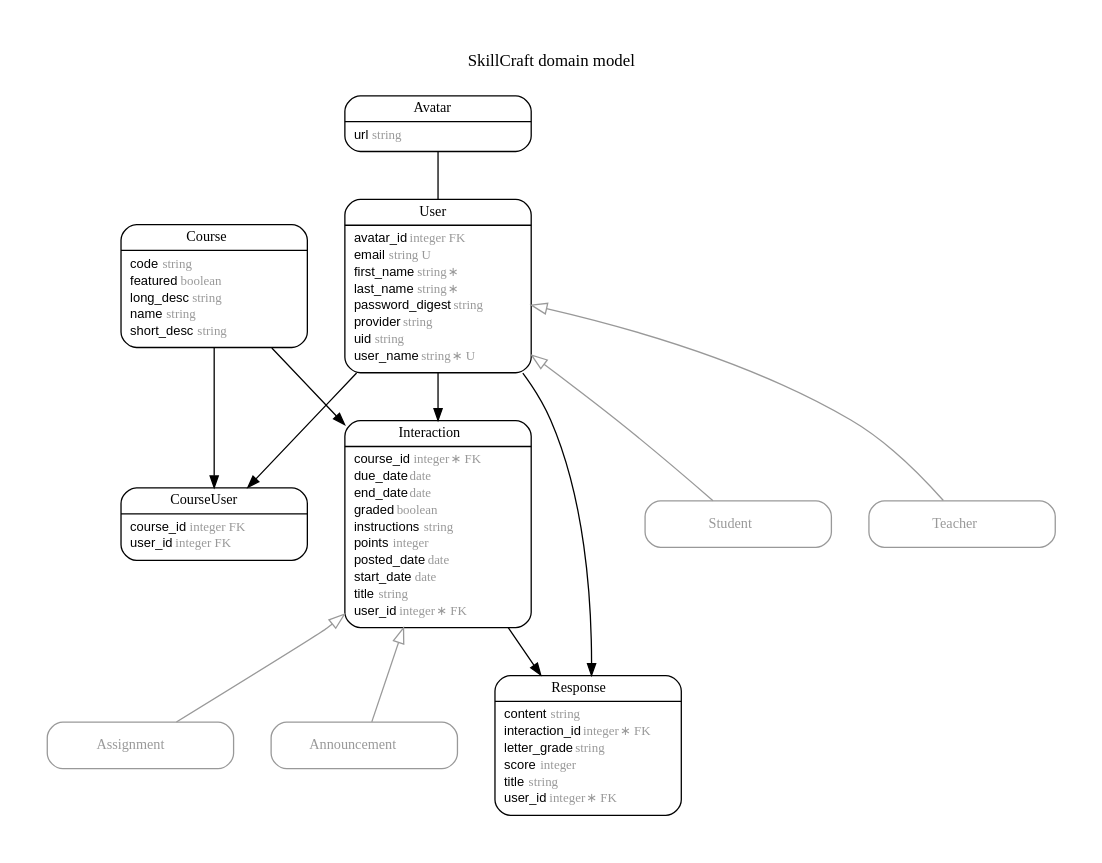
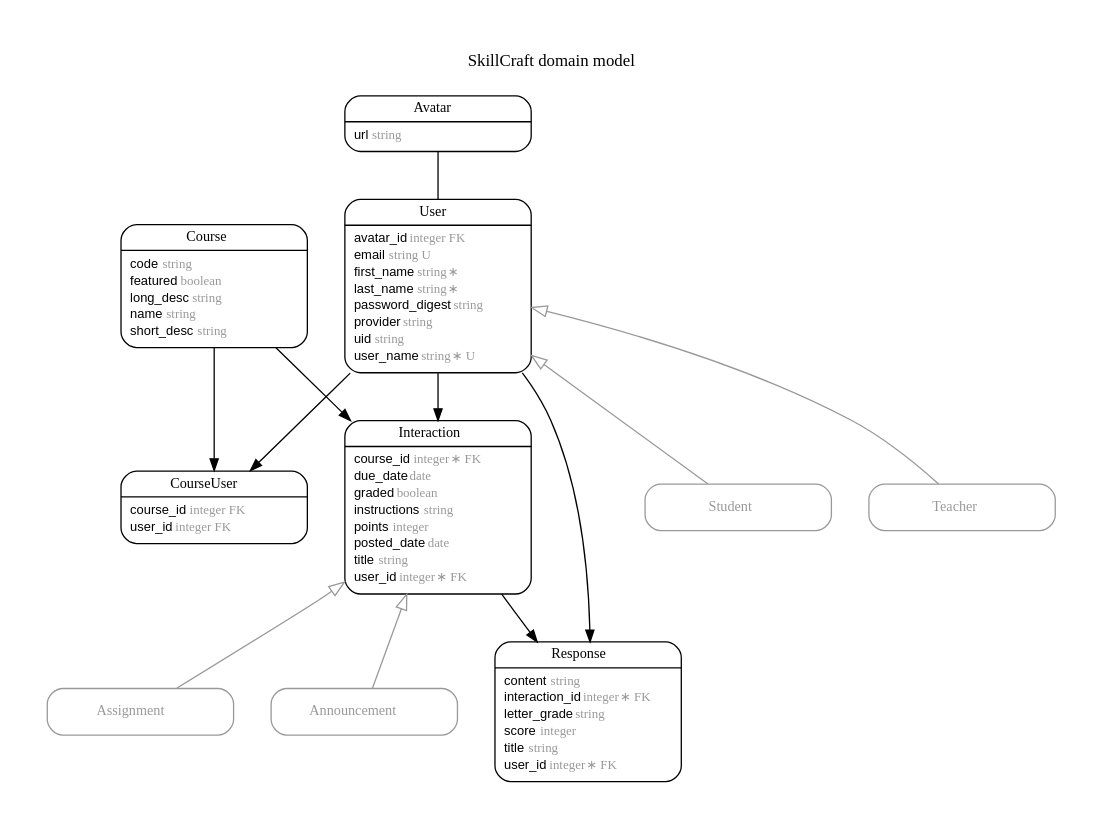
One commit to FergusDevelopmentLLC/skillcraft changed the diagram in erd.dot. Above: the diagram before and after it, drawn with Graphviz. The commit also changed 17 other files, not shown here.

Commit message:
remove start/end date for interactions, simplify

```diff
--- a/erd.dot
+++ b/erd.dot
@@ -1,117 +1,115 @@
 digraph SkillCraft {
 rankdir = "LR";
 ranksep = "0.5";
 nodesep = "0.4";
 pad = "0.4,0.4";
 margin = "0,0";
 concentrate = "true";
 labelloc = "t";
 fontsize = "13";
 fontname = "Arial Bold";
 splines = "spline";
 node[ shape  =  "Mrecord" , fontsize  =  "10" , fontname  =  "Arial" , margin  =  "0.07,0.05" , penwidth  =  "1.0"];
 edge[ fontname  =  "Arial" , fontsize  =  "7" , dir  =  "both" , arrowsize  =  "0.9" , penwidth  =  "1.0" , labelangle  =  "32" , labeldistance  =  "1.8"];
 rankdir = "TB";
 label = "SkillCraft domain model\n\n";
 m_Announcement [color = "grey60", fontcolor = "grey60", label = <{<table border="0" align="center" cellspacing="0.5" cellpadding="0" width="134">
   <tr><td align="center" valign="bottom" width="130"><font face="Arial Bold" point-size="11">Announcement</font></td></tr>
 </table>
 }>];
 m_Assignment [color = "grey60", fontcolor = "grey60", label = <{<table border="0" align="center" cellspacing="0.5" cellpadding="0" width="134">
   <tr><td align="center" valign="bottom" width="130"><font face="Arial Bold" point-size="11">Assignment</font></td></tr>
 </table>
 }>];
 m_Avatar [label = <{<table border="0" align="center" cellspacing="0.5" cellpadding="0" width="134">
   <tr><td align="center" valign="bottom" width="130"><font face="Arial Bold" point-size="11">Avatar</font></td></tr>
 </table>
 |
 <table border="0" align="left" cellspacing="2" cellpadding="0" width="134">
   <tr><td align="left" width="130" port="url">url <font face="Arial Italic" color="grey60">string</font></td></tr>
 </table>
 }>];
 m_Course [label = <{<table border="0" align="center" cellspacing="0.5" cellpadding="0" width="134">
   <tr><td align="center" valign="bottom" width="130"><font face="Arial Bold" point-size="11">Course</font></td></tr>
 </table>
 |
 <table border="0" align="left" cellspacing="2" cellpadding="0" width="134">
   <tr><td align="left" width="130" port="code">code <font face="Arial Italic" color="grey60">string</font></td></tr>
   <tr><td align="left" width="130" port="featured">featured <font face="Arial Italic" color="grey60">boolean</font></td></tr>
   <tr><td align="left" width="130" port="long_desc">long_desc <font face="Arial Italic" color="grey60">string</font></td></tr>
   <tr><td align="left" width="130" port="name">name <font face="Arial Italic" color="grey60">string</font></td></tr>
   <tr><td align="left" width="130" port="short_desc">short_desc <font face="Arial Italic" color="grey60">string</font></td></tr>
 </table>
 }>];
 m_CourseUser [label = <{<table border="0" align="center" cellspacing="0.5" cellpadding="0" width="134">
   <tr><td align="center" valign="bottom" width="130"><font face="Arial Bold" point-size="11">CourseUser</font></td></tr>
 </table>
 |
 <table border="0" align="left" cellspacing="2" cellpadding="0" width="134">
   <tr><td align="left" width="130" port="course_id">course_id <font face="Arial Italic" color="grey60">integer FK</font></td></tr>
   <tr><td align="left" width="130" port="user_id">user_id <font face="Arial Italic" color="grey60">integer FK</font></td></tr>
 </table>
 }>];
 m_Interaction [label = <{<table border="0" align="center" cellspacing="0.5" cellpadding="0" width="134">
   <tr><td align="center" valign="bottom" width="130"><font face="Arial Bold" point-size="11">Interaction</font></td></tr>
 </table>
 |
 <table border="0" align="left" cellspacing="2" cellpadding="0" width="134">
   <tr><td align="left" width="130" port="course_id">course_id <font face="Arial Italic" color="grey60">integer ∗ FK</font></td></tr>
   <tr><td align="left" width="130" port="due_date">due_date <font face="Arial Italic" color="grey60">date</font></td></tr>
-  <tr><td align="left" width="130" port="end_date">end_date <font face="Arial Italic" color="grey60">date</font></td></tr>
   <tr><td align="left" width="130" port="graded">graded <font face="Arial Italic" color="grey60">boolean</font></td></tr>
   <tr><td align="left" width="130" port="instructions">instructions <font face="Arial Italic" color="grey60">string</font></td></tr>
   <tr><td align="left" width="130" port="points">points <font face="Arial Italic" color="grey60">integer</font></td></tr>
   <tr><td align="left" width="130" port="posted_date">posted_date <font face="Arial Italic" color="grey60">date</font></td></tr>
-  <tr><td align="left" width="130" port="start_date">start_date <font face="Arial Italic" color="grey60">date</font></td></tr>
   <tr><td align="left" width="130" port="title">title <font face="Arial Italic" color="grey60">string</font></td></tr>
   <tr><td align="left" width="130" port="user_id">user_id <font face="Arial Italic" color="grey60">integer ∗ FK</font></td></tr>
 </table>
 }>];
 m_Response [label = <{<table border="0" align="center" cellspacing="0.5" cellpadding="0" width="134">
   <tr><td align="center" valign="bottom" width="130"><font face="Arial Bold" point-size="11">Response</font></td></tr>
 </table>
 |
 <table border="0" align="left" cellspacing="2" cellpadding="0" width="134">
   <tr><td align="left" width="130" port="content">content <font face="Arial Italic" color="grey60">string</font></td></tr>
   <tr><td align="left" width="130" port="interaction_id">interaction_id <font face="Arial Italic" color="grey60">integer ∗ FK</font></td></tr>
   <tr><td align="left" width="130" port="letter_grade">letter_grade <font face="Arial Italic" color="grey60">string</font></td></tr>
   <tr><td align="left" width="130" port="score">score <font face="Arial Italic" color="grey60">integer</font></td></tr>
   <tr><td align="left" width="130" port="title">title <font face="Arial Italic" color="grey60">string</font></td></tr>
   <tr><td align="left" width="130" port="user_id">user_id <font face="Arial Italic" color="grey60">integer ∗ FK</font></td></tr>
 </table>
 }>];
 m_Student [color = "grey60", fontcolor = "grey60", label = <{<table border="0" align="center" cellspacing="0.5" cellpadding="0" width="134">
   <tr><td align="center" valign="bottom" width="130"><font face="Arial Bold" point-size="11">Student</font></td></tr>
 </table>
 }>];
 m_Teacher [color = "grey60", fontcolor = "grey60", label = <{<table border="0" align="center" cellspacing="0.5" cellpadding="0" width="134">
   <tr><td align="center" valign="bottom" width="130"><font face="Arial Bold" point-size="11">Teacher</font></td></tr>
 </table>
 }>];
 m_User [label = <{<table border="0" align="center" cellspacing="0.5" cellpadding="0" width="134">
   <tr><td align="center" valign="bottom" width="130"><font face="Arial Bold" point-size="11">User</font></td></tr>
 </table>
 |
 <table border="0" align="left" cellspacing="2" cellpadding="0" width="134">
   <tr><td align="left" width="130" port="avatar_id">avatar_id <font face="Arial Italic" color="grey60">integer FK</font></td></tr>
   <tr><td align="left" width="130" port="email">email <font face="Arial Italic" color="grey60">string U</font></td></tr>
   <tr><td align="left" width="130" port="first_name">first_name <font face="Arial Italic" color="grey60">string ∗</font></td></tr>
   <tr><td align="left" width="130" port="last_name">last_name <font face="Arial Italic" color="grey60">string ∗</font></td></tr>
   <tr><td align="left" width="130" port="password_digest">password_digest <font face="Arial Italic" color="grey60">string</font></td></tr>
   <tr><td align="left" width="130" port="provider">provider <font face="Arial Italic" color="grey60">string</font></td></tr>
   <tr><td align="left" width="130" port="uid">uid <font face="Arial Italic" color="grey60">string</font></td></tr>
   <tr><td align="left" width="130" port="user_name">user_name <font face="Arial Italic" color="grey60">string ∗ U</font></td></tr>
 </table>
 }>];
   m_Interaction -> m_Announcement [color = "grey60", arrowtail = "onormal", arrowhead = "none", arrowsize = "1.2"];
   m_Interaction -> m_Assignment [color = "grey60", arrowtail = "onormal", arrowhead = "none", arrowsize = "1.2"];
   m_User -> m_Student [color = "grey60", arrowtail = "onormal", arrowhead = "none", arrowsize = "1.2"];
   m_User -> m_Teacher [color = "grey60", arrowtail = "onormal", arrowhead = "none", arrowsize = "1.2"];
   m_User -> m_Response [arrowhead = "normal", arrowtail = "none", weight = "4"];
   m_User -> m_Interaction [arrowhead = "normal", arrowtail = "none", weight = "6"];
   m_User -> m_CourseUser [arrowhead = "normal", arrowtail = "none", weight = "4"];
   m_Avatar -> m_User [arrowhead = "none", arrowtail = "none", weight = "4"];
   m_Course -> m_Interaction [arrowhead = "normal", arrowtail = "none", weight = "4"];
   m_Interaction -> m_Response [arrowhead = "normal", arrowtail = "none", weight = "4"];
   m_Course -> m_CourseUser [arrowhead = "normal", arrowtail = "none", weight = "2"];
 }
```
